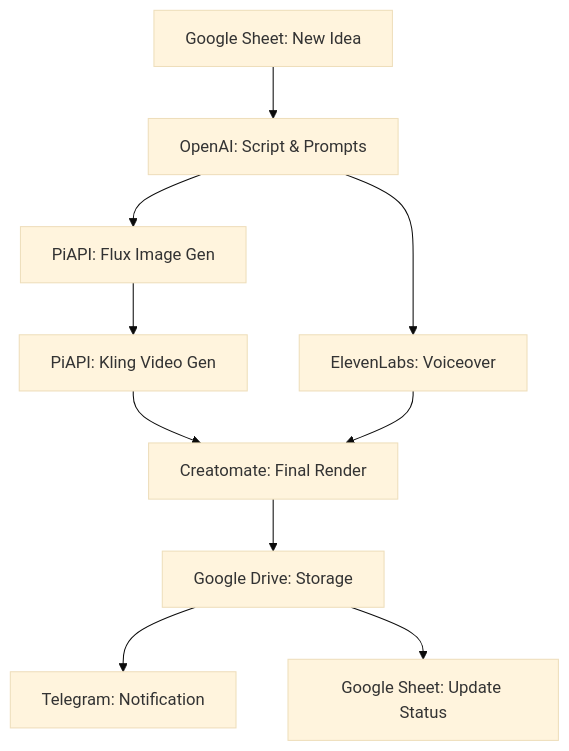
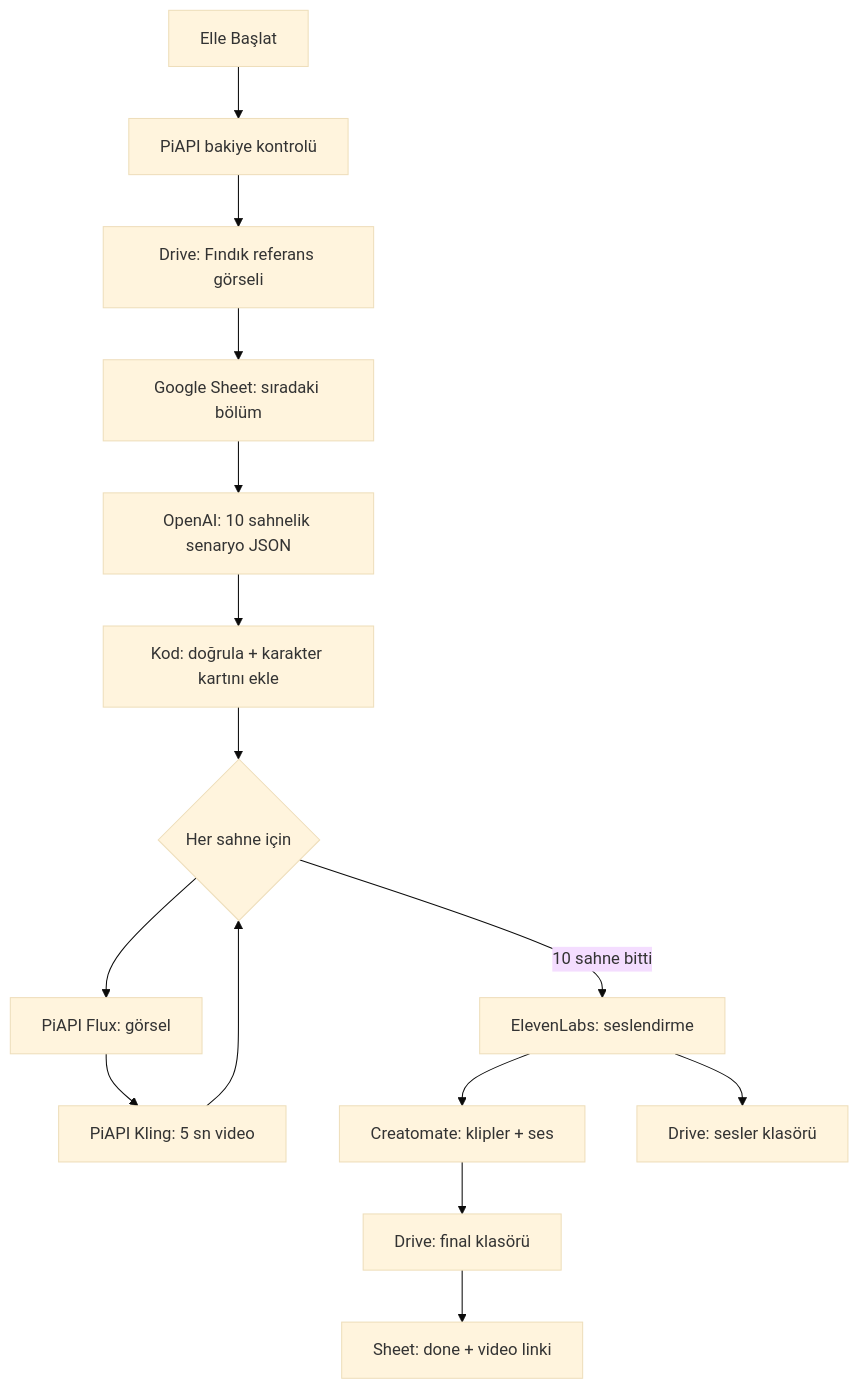
Before and after one commit to Cullinan-coder/ai-powered-video-generator: the diagram in README.md, drawn with Mermaid (base theme). The commit also changed other lines of this file and 10 other files, not shown here.

````diff
--- a/README.md
+++ b/README.md
@@ -73,11 +19,17 @@
 ```mermaid
 graph TD
-    A[Google Sheet: New Idea] --> B[OpenAI: Script & Prompts]
-    B --> C[PiAPI: Flux Image Gen]
-    C --> D[PiAPI: Kling Video Gen]
-    B --> E[ElevenLabs: Voiceover]
-    D & E --> F[Creatomate: Final Render]
-    F --> G[Google Drive: Storage]
-    G --> H[Telegram: Notification]
-    G --> I[Google Sheet: Update Status]
+    A[Elle Başlat] --> P[PiAPI bakiye kontrolü]
+    P --> R[Drive: Fındık referans görseli]
+    R --> B[Google Sheet: sıradaki bölüm]
+    B --> C[OpenAI: 10 sahnelik senaryo JSON]
+    C --> D[Kod: doğrula + karakter kartını ekle]
+    D --> E{Her sahne için}
+    E --> F[PiAPI Flux: görsel]
+    F --> G[PiAPI Kling: 5 sn video]
+    G --> E
+    E -->|10 sahne bitti| H[ElevenLabs: seslendirme]
+    H --> I[Creatomate: klipler + ses]
+    H --> S[Drive: sesler klasörü]
+    I --> J[Drive: final klasörü]
+    J --> L[Sheet: done + video linki]
 ```
````
